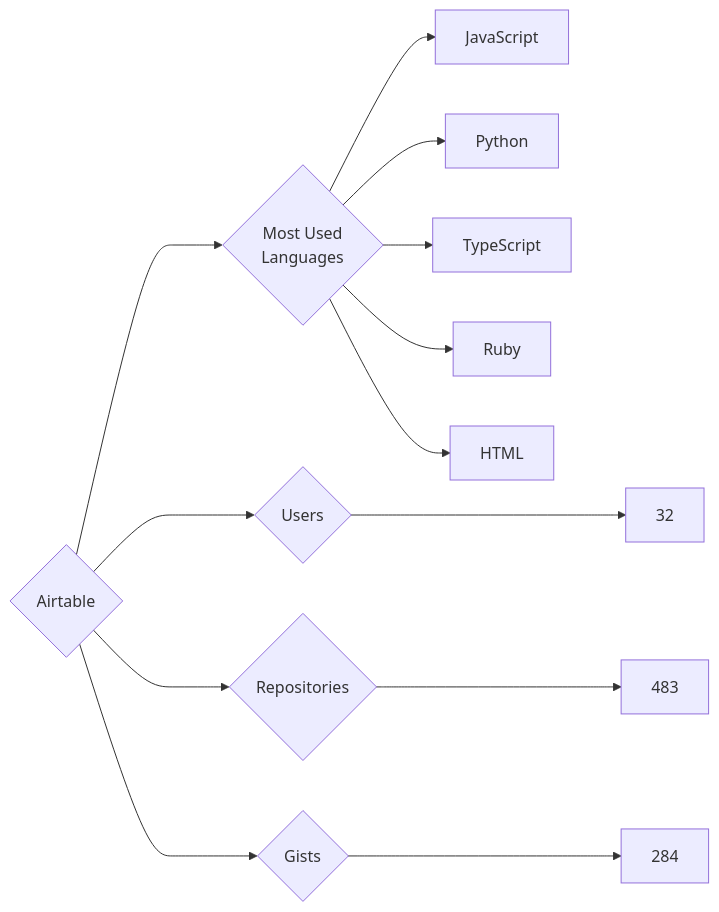
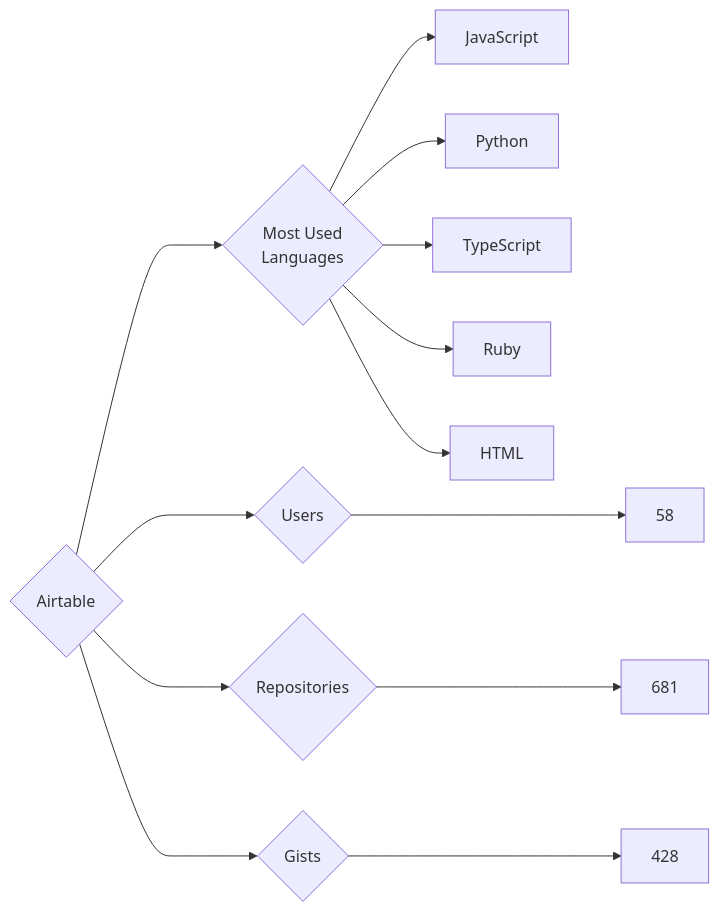
One commit to trickest/insiders changed the diagram in targets/Airtable/README.md. Above: the diagram before and after it, drawn with Mermaid. The commit also changed 681 other files, not shown here.

````diff
--- a/targets/Airtable/README.md
+++ b/targets/Airtable/README.md
@@ -3,13 +3,13 @@
 ```mermaid
 graph LR
 COMPANY_NAME{Airtable}
-COMPANY_NAME ---> U{Users} ---> UN[32]
-COMPANY_NAME ---> R{Repositories} ---> RN[483]
-COMPANY_NAME ---> G{Gists} ---> GN[284]
+COMPANY_NAME ---> U{Users} ---> UN[58]
+COMPANY_NAME ---> R{Repositories} ---> RN[681]
+COMPANY_NAME ---> G{Gists} ---> GN[428]
 COMPANY_NAME ---> ML{Most Used<br>Languages}
 ML --> JavaScript[JavaScript]
 ML --> Python[Python]
 ML --> TypeScript[TypeScript]
 ML --> Ruby[Ruby]
 ML --> HTML[HTML]
 ```
````
